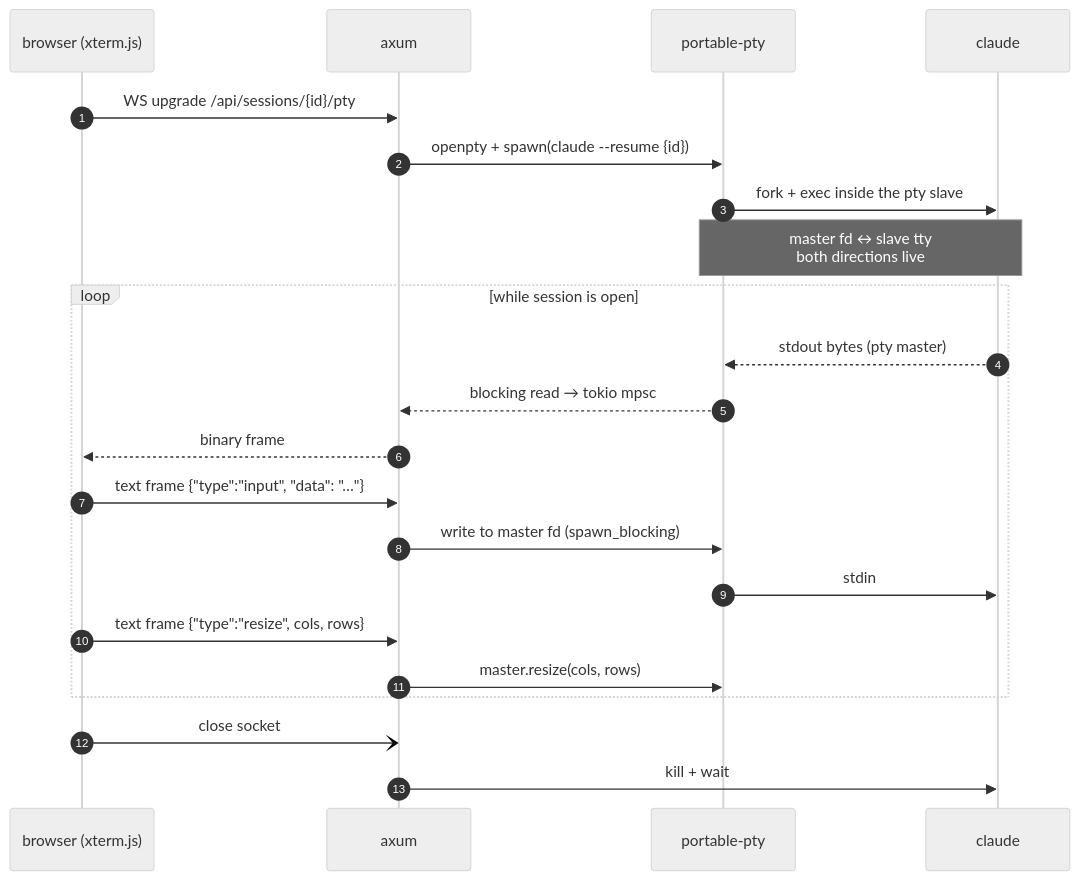
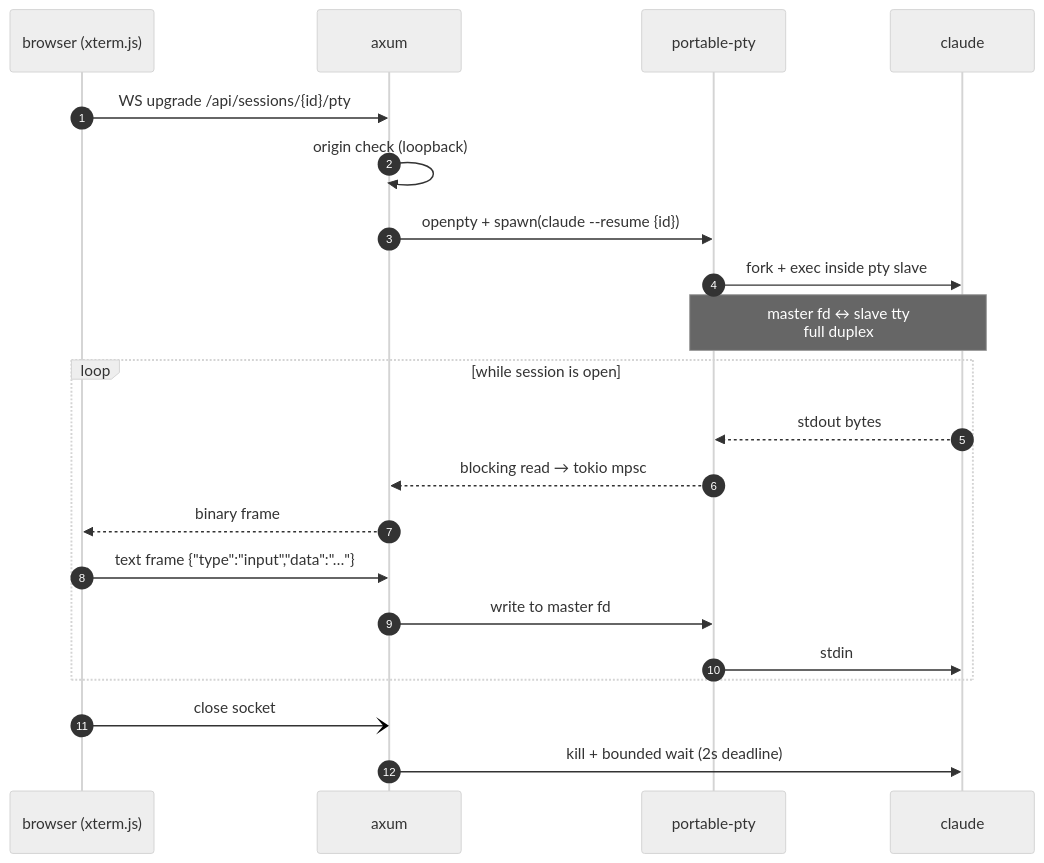
One commit to intjiraya/constellation changed the second of 2 diagrams in README.md. Above: the diagram before and after it, drawn with Mermaid (neutral theme). The commit also changed other lines of this file, not shown here.

````diff
--- a/README.md
+++ b/README.md
@@ -80,25 +139,24 @@
 ```mermaid
 sequenceDiagram
     autonumber
     participant B as browser (xterm.js)
     participant A as axum
     participant P as portable-pty
     participant C as claude
 
     B->>A: WS upgrade  /api/sessions/{id}/pty
+    A->>A: origin check (loopback)
     A->>P: openpty + spawn(claude --resume {id})
-    P->>C: fork + exec inside the pty slave
-    Note over P,C: master fd ↔ slave tty<br/>both directions live
+    P->>C: fork + exec inside pty slave
+    Note over P,C: master fd ↔ slave tty<br/>full duplex
     loop while session is open
-        C-->>P: stdout bytes (pty master)
+        C-->>P: stdout bytes
         P-->>A: blocking read → tokio mpsc
         A-->>B: binary frame
-        B->>A: text frame {"type":"input", "data": "…"}
-        A->>P: write to master fd (spawn_blocking)
+        B->>A: text frame {"type":"input","data":"…"}
+        A->>P: write to master fd
         P->>C: stdin
-        B->>A: text frame {"type":"resize", cols, rows}
-        A->>P: master.resize(cols, rows)
     end
     B-)A: close socket
-    A->>C: kill + wait
+    A->>C: kill + bounded wait (2s deadline)
 ```
````
